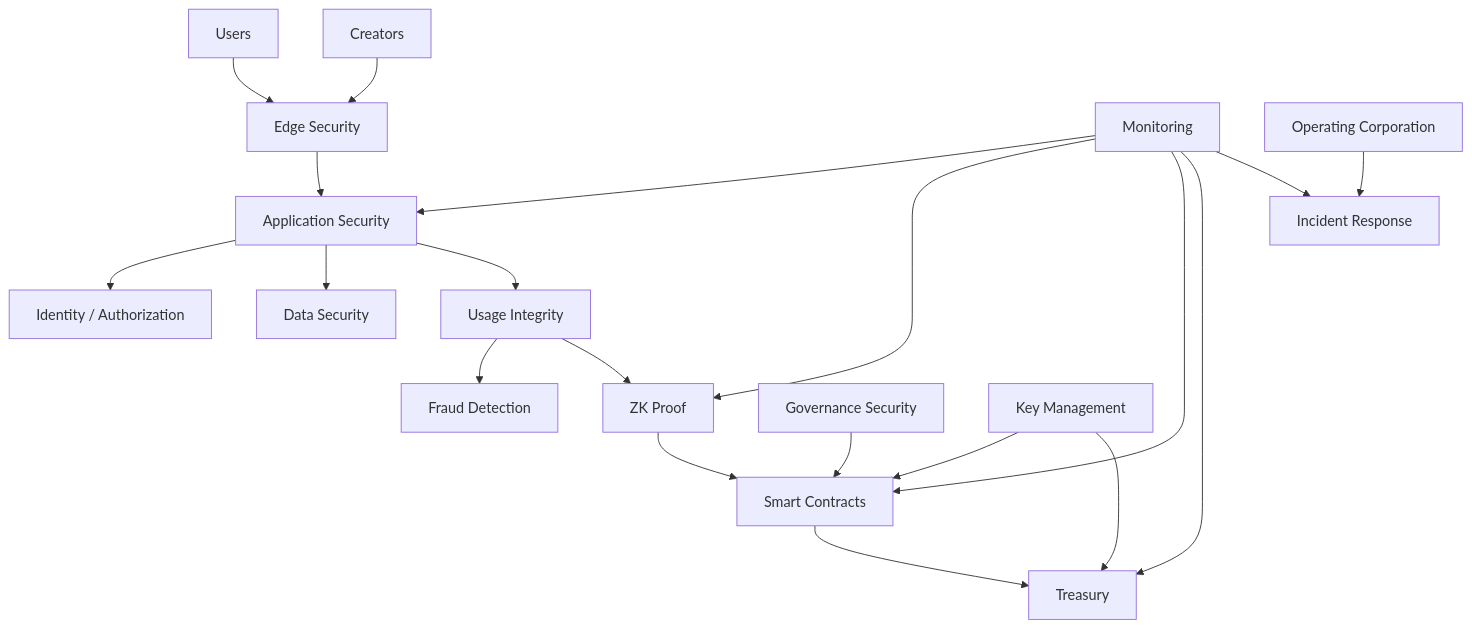
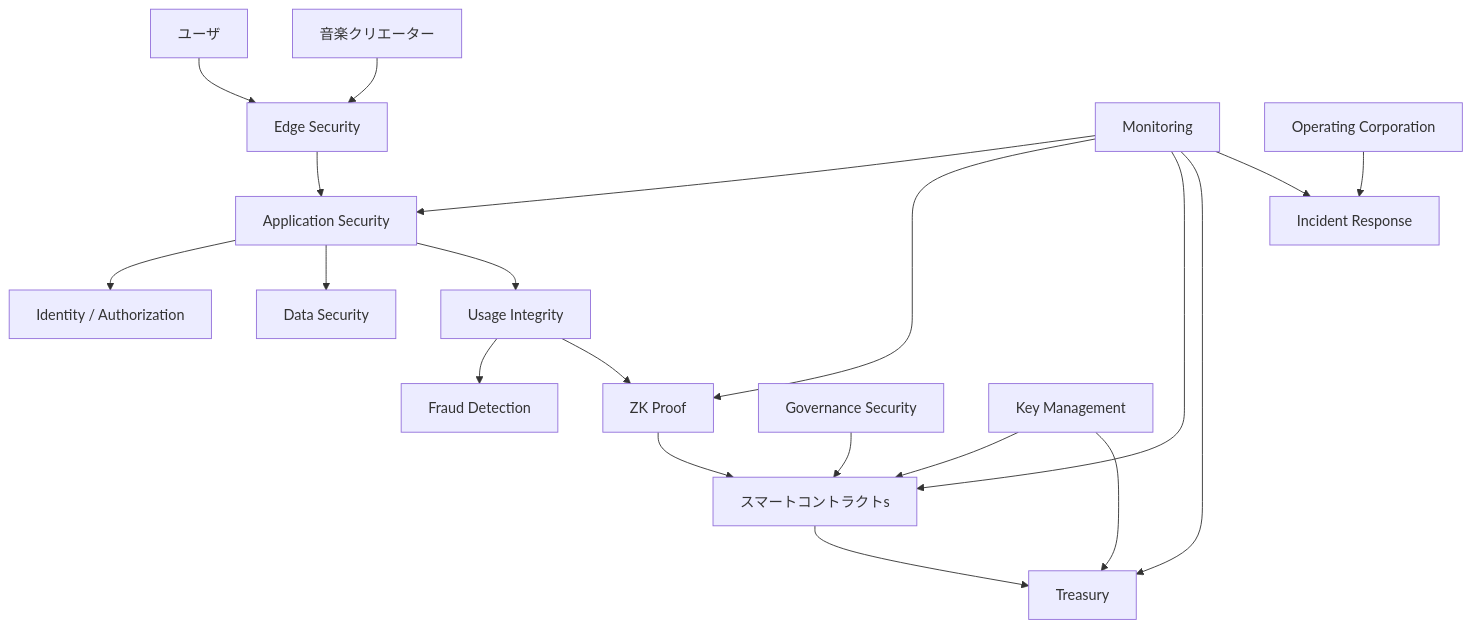
One commit to ShigeichiroYamasaki/creator-first-platform changed diagram 47 of 48 in docs/whitepaper/10-security.md. Above: the diagram before and after it, drawn with Mermaid. The commit also changed other lines of this file and 67 other files, not shown here.

````diff
--- a/docs/whitepaper/10-security.md
+++ b/docs/whitepaper/10-security.md
@@ -1489,31 +1489,31 @@
 ```mermaid
 flowchart TD
-    USER[Users]
-    CREATOR[Creators]
+    USER[ユーザ]
+    CREATOR[音楽クリエーター]
 
     USER --> EDGE[Edge Security]
     CREATOR --> EDGE
 
     EDGE --> APP[Application Security]
     APP --> ID[Identity / Authorization]
     APP --> DATA[Data Security]
     APP --> USAGE[Usage Integrity]
 
     USAGE --> FRAUD[Fraud Detection]
     USAGE --> ZK[ZK Proof]
 
-    ZK --> CONTRACT[Smart Contracts]
+    ZK --> CONTRACT[スマートコントラクトs]
     CONTRACT --> TREASURY[Treasury]
 
     GOV[Governance Security] --> CONTRACT
     KEY[Key Management] --> CONTRACT
     KEY --> TREASURY
 
     MON[Monitoring] --> APP
     MON --> ZK
     MON --> CONTRACT
     MON --> TREASURY
 
     CORP[Operating Corporation] --> IR[Incident Response]
     MON --> IR
 ```
````
